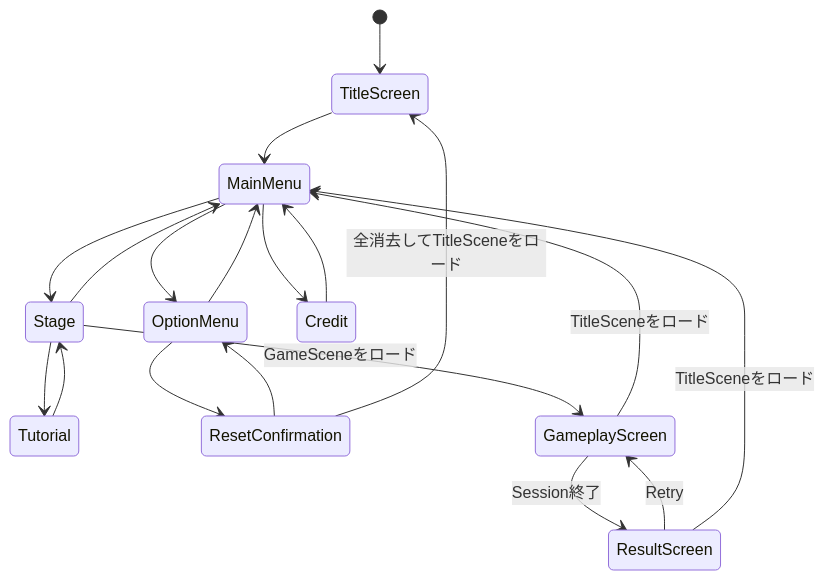
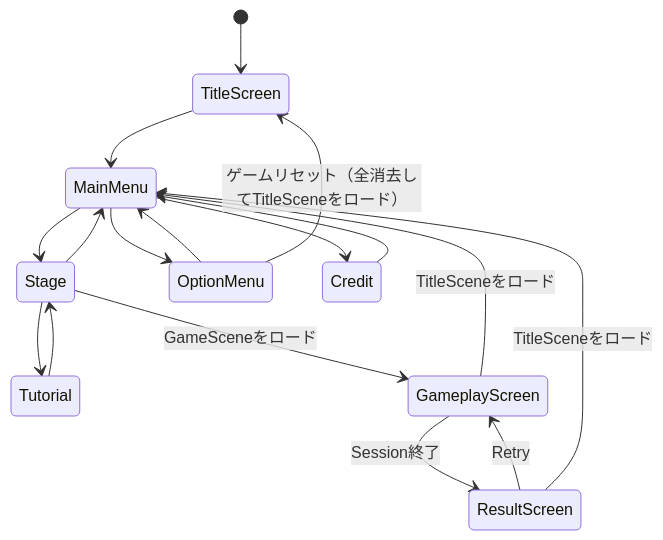
The first of 2 diagrams in docs/architecture/presentation/scene-navigation.md (MicomProcedure/change-change-change), drawn with Mermaid before and after one commit. The commit also changed other lines of this file and 6 other files, not shown here.

````diff
--- a/docs/architecture/presentation/scene-navigation.md
+++ b/docs/architecture/presentation/scene-navigation.md
@@ -28,23 +28,21 @@
 ```mermaid
 stateDiagram-v2
    [*] --> TitleScreen
    TitleScreen --> MainMenu
 
    MainMenu --> Stage
    Stage --> MainMenu
    Stage --> Tutorial
    Tutorial --> Stage
    MainMenu --> OptionMenu
    OptionMenu --> MainMenu
-   OptionMenu --> ResetConfirmation
-   ResetConfirmation --> OptionMenu
-   ResetConfirmation --> TitleScreen: 全消去してTitleSceneをロード
+   OptionMenu --> TitleScreen: ゲームリセット（全消去してTitleSceneをロード）
    MainMenu --> Credit
    Credit --> MainMenu
 
    Stage --> GameplayScreen: GameSceneをロード
    GameplayScreen --> ResultScreen: Session終了
    GameplayScreen --> MainMenu: TitleSceneをロード
    ResultScreen --> GameplayScreen: Retry
    ResultScreen --> MainMenu: TitleSceneをロード
 ```
````
